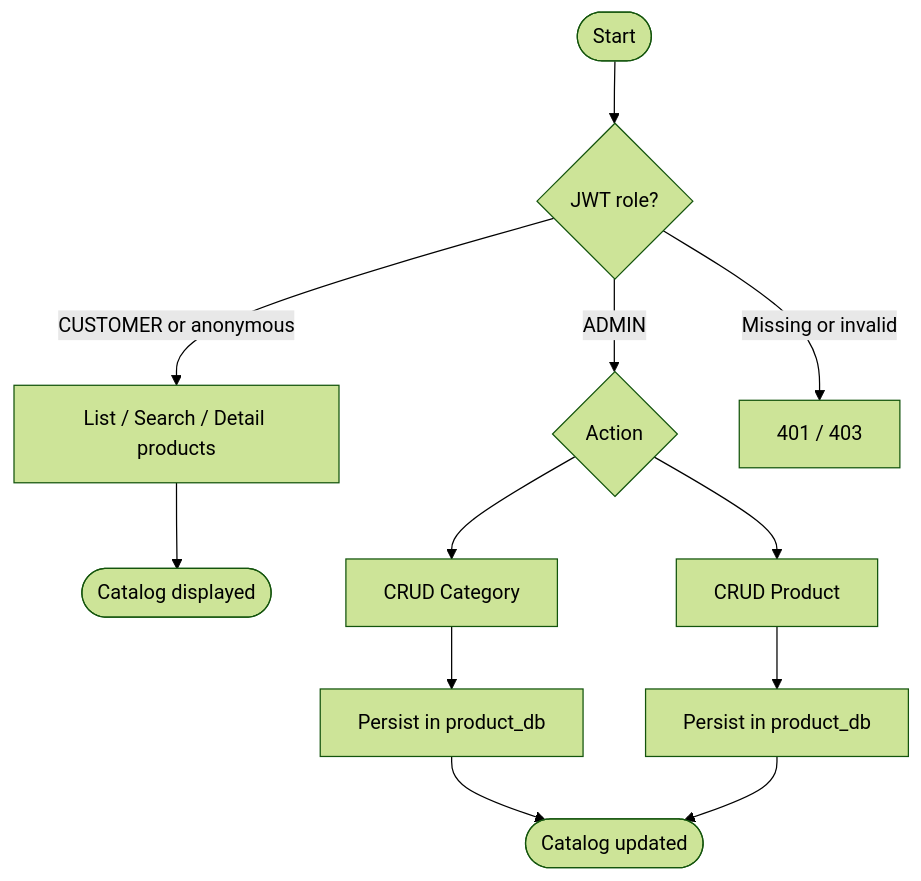
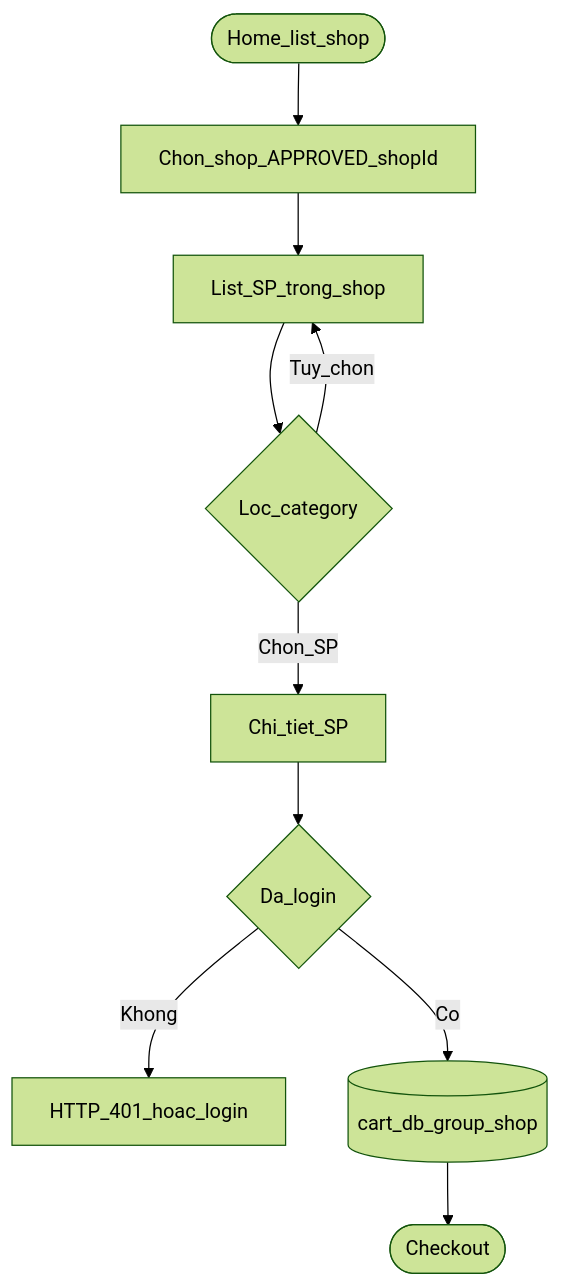
Before and after one commit to trinhvanhai1994/GTVT_ecommerce: the third of 5 diagrams in docs/05-bpmn.md, drawn with Mermaid (forest theme). The commit also changed other lines of this file and 35 other files, not shown here.

````diff
--- a/docs/05-bpmn.md
+++ b/docs/05-bpmn.md
@@ -47,14 +59,12 @@
 ```mermaid
 flowchart TD
-  Start([Start]) --> Auth{JWT role?}
-  Auth -->|CUSTOMER or anonymous| Read[List / Search / Detail products]
-  Read --> EndRead([Catalog displayed])
-  Auth -->|ADMIN| Action{Action}
-  Action --> Cat[CRUD Category]
-  Action --> Prod[CRUD Product]
-  Cat --> SaveC[Persist in product_db]
-  Prod --> SaveP[Persist in product_db]
-  SaveC --> EndAdmin([Catalog updated])
-  SaveP --> EndAdmin
-  Auth -->|Missing or invalid| Deny[401 / 403]
+  home([Home_list_shop]) --> pickShop[Chon_shop_APPROVED_shopId]
+  pickShop --> listProd[List_SP_trong_shop]
+  listProd --> filterCat{Loc_category}
+  filterCat -->|Tuy_chon| listProd
+  filterCat -->|Chon_SP| pdp[Chi_tiet_SP]
+  pdp --> addCart{Da_login}
+  addCart -->|Khong| needLogin[HTTP_401_hoac_login]
+  addCart -->|Co| cart[(cart_db_group_shop)]
+  cart --> checkoutNode([Checkout])
 ```
````
